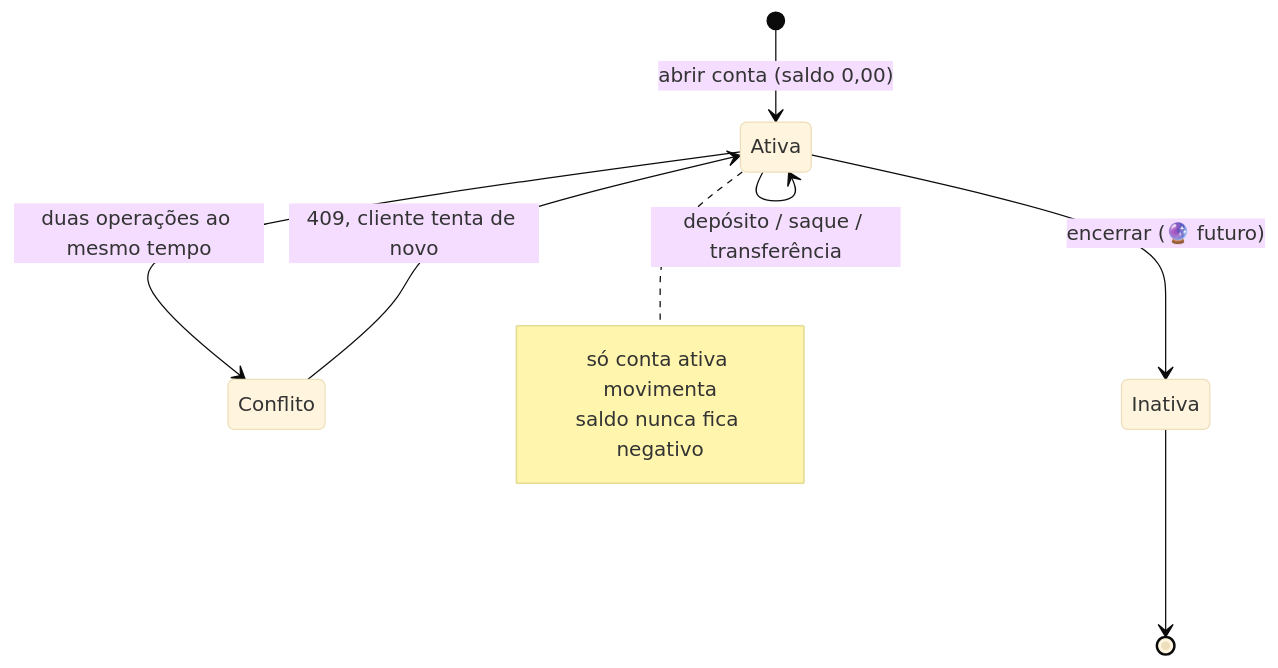
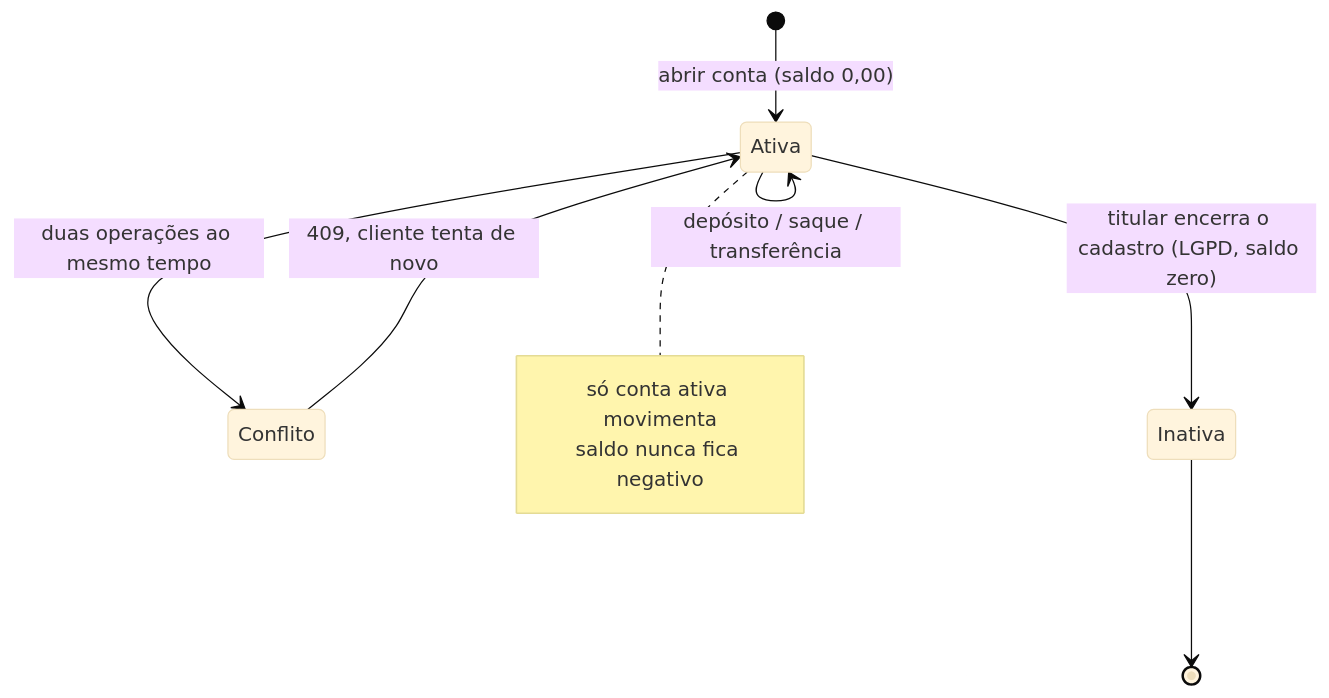
Before and after one commit to k3vinrich4rd/rkf_bank: the third of 16 diagrams in README.md, drawn with Mermaid (base theme). The commit also changed other lines of this file and 3 other files, not shown here.

````diff
--- a/README.md
+++ b/README.md
@@ -338,13 +345,13 @@
 ```mermaid
 stateDiagram-v2
     [*] --> Ativa: abrir conta (saldo 0,00)
     Ativa --> Ativa: depósito / saque / transferência
     Ativa --> Conflito: duas operações ao mesmo tempo
     Conflito --> Ativa: 409, cliente tenta de novo
-    Ativa --> Inativa: encerrar (🔮 futuro)
+    Ativa --> Inativa: titular encerra o cadastro (LGPD, saldo zero)
     Inativa --> [*]
     note right of Ativa
         só conta ativa movimenta
         saldo nunca fica negativo
     end note
 ```
````
